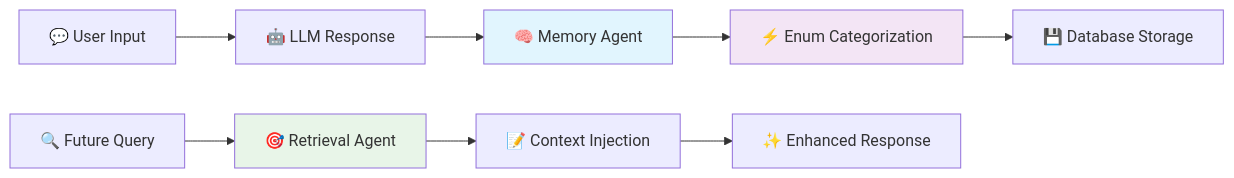
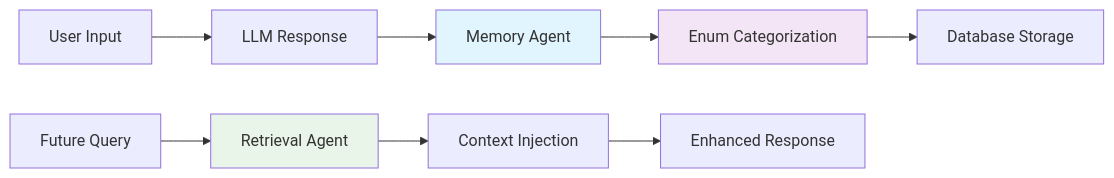
Before and after one commit to vishalbelsare/memori: the diagram in README.md, drawn with Mermaid. The commit also changed other lines of this file and 1 other file, not shown here.

Commit message:
context : raw plan

````diff
--- a/README.md
+++ b/README.md
@@ -129,15 +129,15 @@
 ```mermaid
 graph LR
-    A[💬 User Input] --> B[🤖 LLM Response]
-    B --> C[🧠 Memory Agent]
-    C --> D[⚡ Enum Categorization]
-    D --> E[💾 Database Storage]
+    A[User Input] --> B[LLM Response]
+    B --> C[Memory Agent]
+    C --> D[Enum Categorization]
+    D --> E[Database Storage]
     
-    F[🔍 Future Query] --> G[🎯 Retrieval Agent]
-    G --> H[📝 Context Injection]
-    H --> I[✨ Enhanced Response]
+    F[Future Query] --> G[Retrieval Agent]
+    G --> H[Context Injection]
+    H --> I[Enhanced Response]
     
     style C fill:#e1f5fe
     style D fill:#f3e5f5
     style G fill:#e8f5e8
 ```
````
